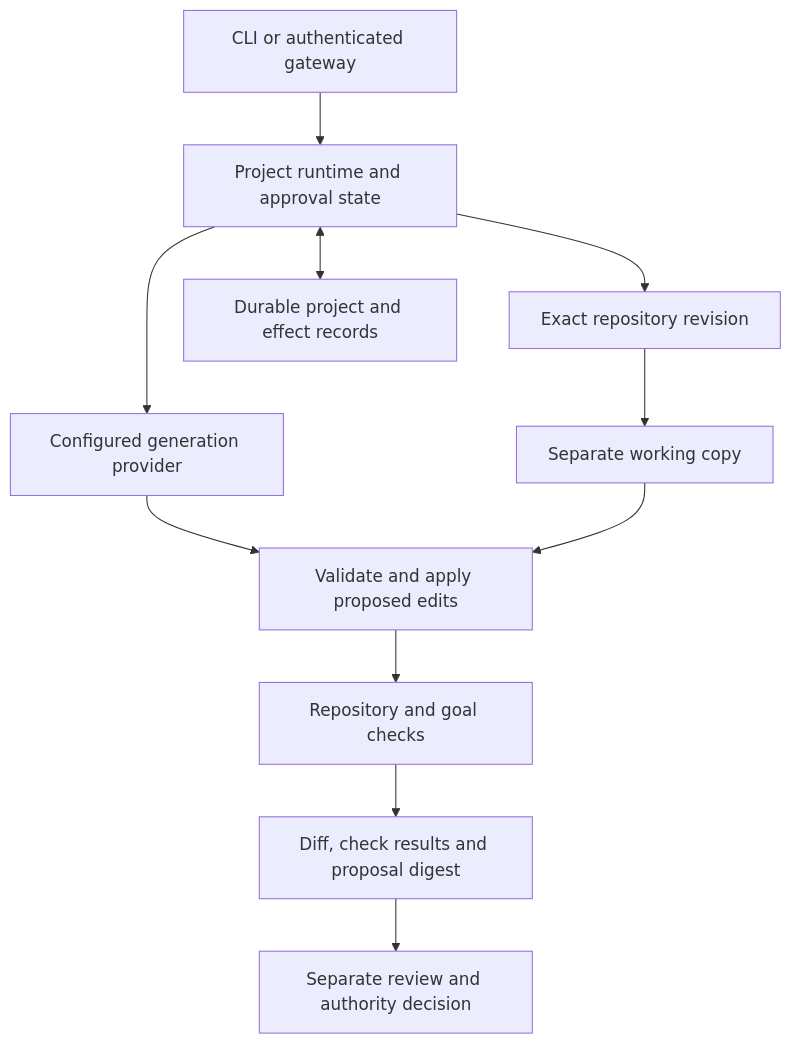
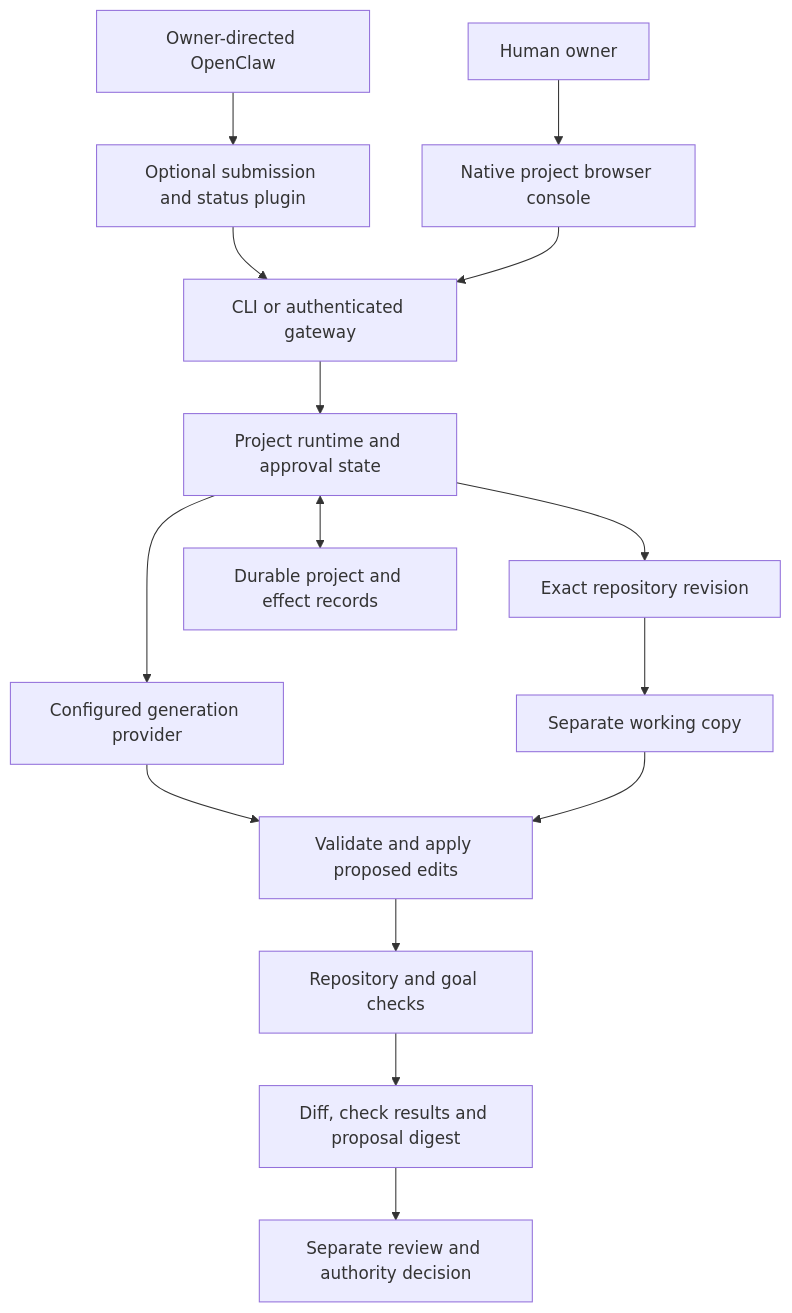
One commit to RedRookAI/keep-research-preview changed the diagram in docs/architecture.md. Above: the diagram before and after it, drawn with Mermaid. The commit also changed other lines of this file and 39 other files, not shown here.

First line of the commit message:
feat: connect OpenClaw to governed Keep projects

````diff
--- a/docs/architecture.md
+++ b/docs/architecture.md
@@ -5,13 +5,17 @@
 ```mermaid
 flowchart TD
     CLI[CLI or authenticated gateway] --> Runtime[Project runtime and approval state]
+    OpenClaw[Owner-directed OpenClaw] --> Plugin[Optional submission and status plugin]
+    Plugin --> CLI
+    Owner[Human owner] --> Console[Native project browser console]
+    Console --> CLI
     Runtime --> Snapshot[Exact repository revision]
     Snapshot --> Work[Separate working copy]
     Runtime --> Provider[Configured generation provider]
     Provider --> Edit[Validate and apply proposed edits]
     Work --> Edit
     Edit --> Tests[Repository and goal checks]
     Tests --> Proposal[Diff, check results and proposal digest]
     Proposal --> Review[Separate review and authority decision]
     Runtime <--> State[Durable project and effect records]
 ```
````
